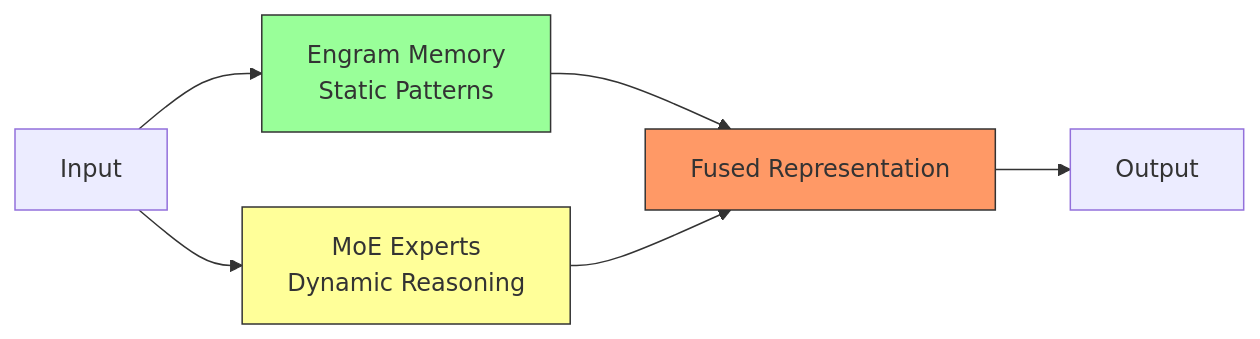
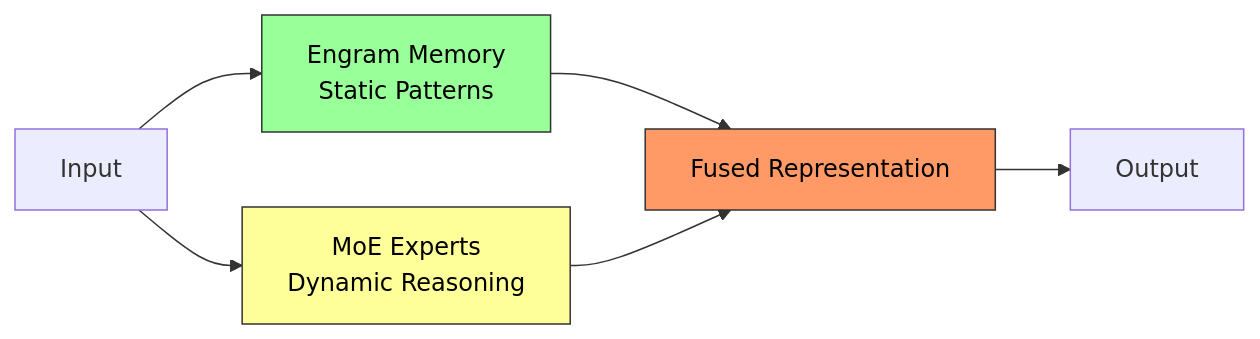
Before and after one commit to rsrini7/Learnings: diagram 11 of 22 in Papers/Deepseek-Engram.md, drawn with Mermaid. The commit also changed other lines of this file, not shown here.

Commit message:
mermaid diagram text color updated

````diff
--- a/Papers/Deepseek-Engram.md
+++ b/Papers/Deepseek-Engram.md
@@ -649,14 +648,14 @@
 ```mermaid
 graph LR
     A[Input] --> B[Engram Memory<br/>Static Patterns]
     A --> C[MoE Experts<br/>Dynamic Reasoning]
     
     B --> D[Fused Representation]
     C --> D
     
     D --> E[Output]
     
-    style B fill:#9f9,stroke:#333
-    style C fill:#ff9,stroke:#333
-    style D fill:#f96,stroke:#333
+    style B fill:#9f9,stroke:#333,color:#000
+    style C fill:#ff9,stroke:#333,color:#000
+    style D fill:#f96,stroke:#333,color:#000
 ```
````
